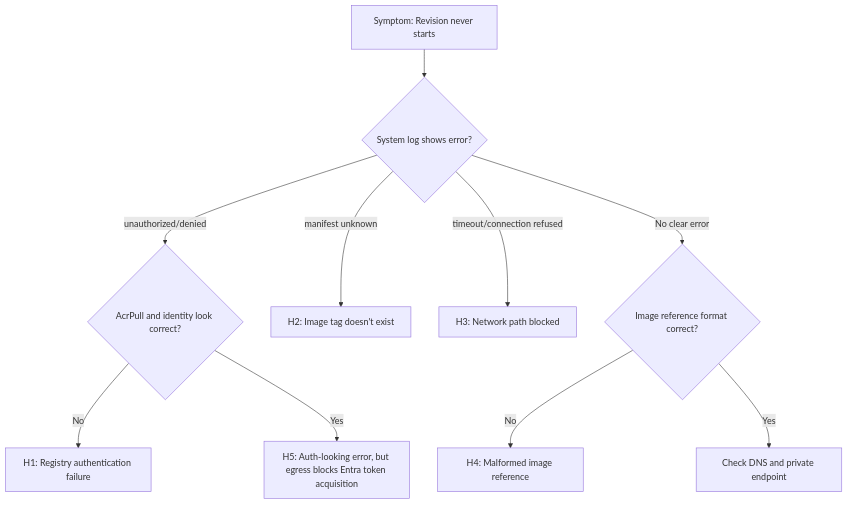
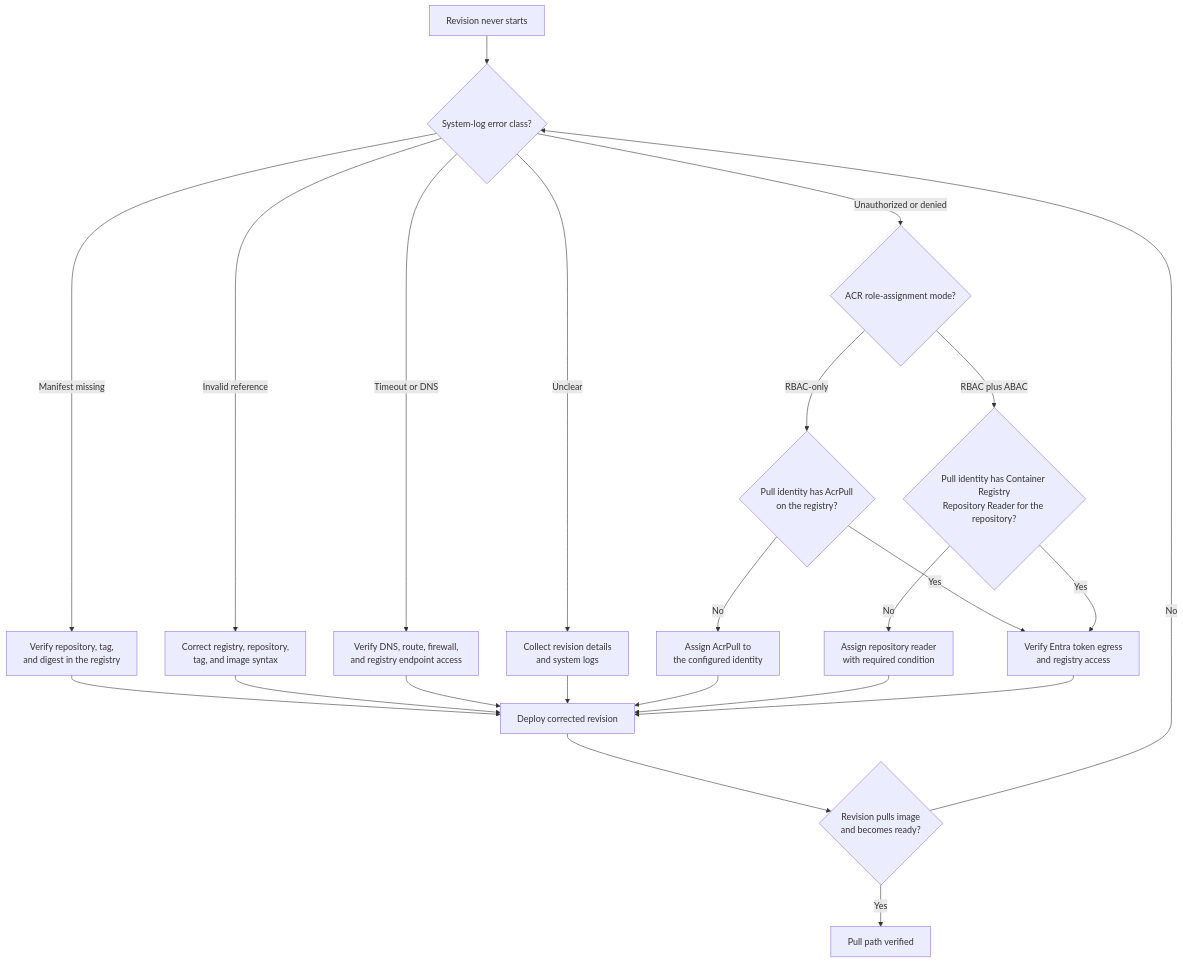
The diagram in docs/troubleshooting/playbooks/startup-and-provisioning/image-pull-failure.md (yeongseon/azure-container-apps-practical-guide), drawn with Mermaid before and after one commit. The commit also changed other lines of this file and 28 other files, not shown here.

Commit message:
docs(diagrams): migrate playbook diagnostic flows (#627)

````diff
--- a/docs/troubleshooting/playbooks/startup-and-provisioning/image-pull-failure.md
+++ b/docs/troubleshooting/playbooks/startup-and-provisioning/image-pull-failure.md
@@ -48,12 +53,28 @@
 ```mermaid
-graph TD
-    A[Symptom: Revision never starts] --> B{System log shows error?}
-    B -->|unauthorized/denied| E{AcrPull and identity look correct?}
-    E -->|No| H1[H1: Registry authentication failure]
-    E -->|Yes| H5[H5: Auth-looking error, but egress blocks Entra token acquisition]
-    B -->|manifest unknown| H2[H2: Image tag doesn't exist]
-    B -->|timeout/connection refused| H3[H3: Network path blocked]
-    B -->|No clear error| C{Image reference format correct?}
-    C -->|No| H4[H4: Malformed image reference]
-    C -->|Yes| D[Check DNS and private endpoint]
+flowchart TD
+    accTitle: Classify a Container Apps image-pull failure
+    accDescr: Use the system-log error class to distinguish missing images, malformed references, registry authorization, Entra token access, DNS, and network transport before creating a corrected revision.
+
+    START[Revision never starts] --> ERROR{System-log error class?}
+    ERROR -->|Manifest missing| TAG[Verify repository, tag,<br/>and digest in the registry]
+    ERROR -->|Invalid reference| REFERENCE[Correct registry, repository,<br/>tag, and image syntax]
+    ERROR -->|Timeout or DNS| PATH[Verify DNS, route, firewall,<br/>and registry endpoint access]
+    ERROR -->|Unauthorized or denied| MODE{ACR role-assignment mode?}
+    ERROR -->|Unclear| DETAILS[Collect revision details<br/>and system logs]
+    MODE -->|RBAC-only| ACRPULL{Pull identity has AcrPull<br/>on the registry?}
+    MODE -->|RBAC plus ABAC| READER{Pull identity has Container Registry<br/>Repository Reader for the repository?}
+    ACRPULL -->|No| ASSIGN_RBAC[Assign AcrPull to<br/>the configured identity]
+    ACRPULL -->|Yes| TOKEN[Verify Entra token egress<br/>and registry access]
+    READER -->|No| ASSIGN_ABAC[Assign repository reader<br/>with required condition]
+    READER -->|Yes| TOKEN
+    TAG --> VERIFY[Deploy corrected revision]
+    REFERENCE --> VERIFY
+    PATH --> VERIFY
+    DETAILS --> VERIFY
+    ASSIGN_RBAC --> VERIFY
+    ASSIGN_ABAC --> VERIFY
+    TOKEN --> VERIFY
+    VERIFY --> READY{Revision pulls image<br/>and becomes ready?}
+    READY -->|Yes| DONE[Pull path verified]
+    READY -->|No| ERROR
 ```
````
